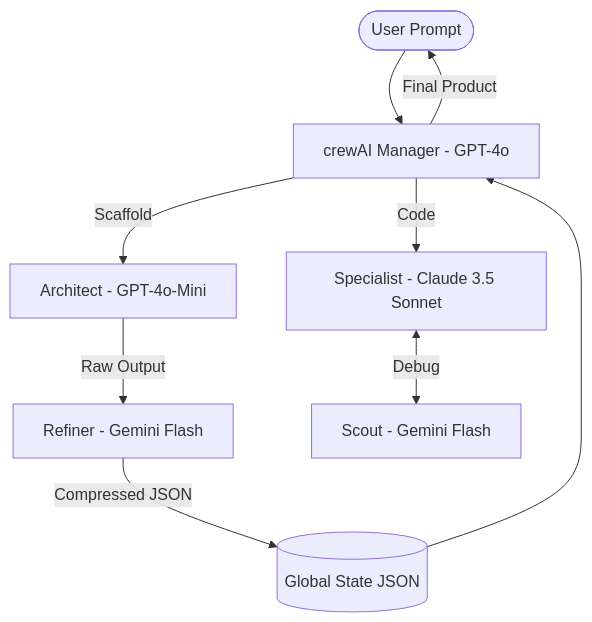
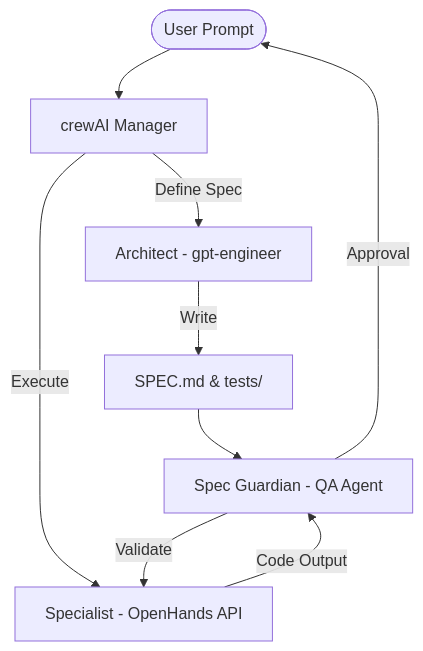
The diagram in SYSTEM_ARCHITECTURE.md (imranshiundu/AgentPrometheus), drawn with Mermaid before and after one commit. The commit also changed other lines of this file and 5 other files, not shown here.

Commit message:
V3 Upgrade: Microservices Architecture, SSoT Enforcement, and TDD Integration

````diff
--- a/SYSTEM_ARCHITECTURE.md
+++ b/SYSTEM_ARCHITECTURE.md
@@ -29,13 +25,13 @@
 ```mermaid
 graph TD
-    User([User Prompt]) --> Manager[crewAI Manager - GPT-4o]
-    Manager -->|Scaffold| Architect[Architect - GPT-4o-Mini]
-    Architect -->|Raw Output| Refiner[Refiner - Gemini Flash]
-    Refiner -->|Compressed JSON| WS[(Global State JSON)]
+    User([User Prompt]) --> Manager[crewAI Manager]
+    Manager -->|Define Spec| Architect[Architect - gpt-engineer]
+    Architect -->|Write| SpecFile[SPEC.md & tests/]
     
-    Manager -->|Code| Specialist[Specialist - Claude 3.5 Sonnet]
-    Specialist <-->|Debug| Scout[Scout - Gemini Flash]
+    Manager -->|Execute| Specialist[Specialist - OpenHands API]
+    Specialist -->|Code Output| QA[Spec Guardian - QA Agent]
     
-    WS --> Manager
-    Manager -->|Final Product| User
+    SpecFile --> QA
+    QA -->|Validate| Specialist
+    QA -->|Approval| User
 ```
````
